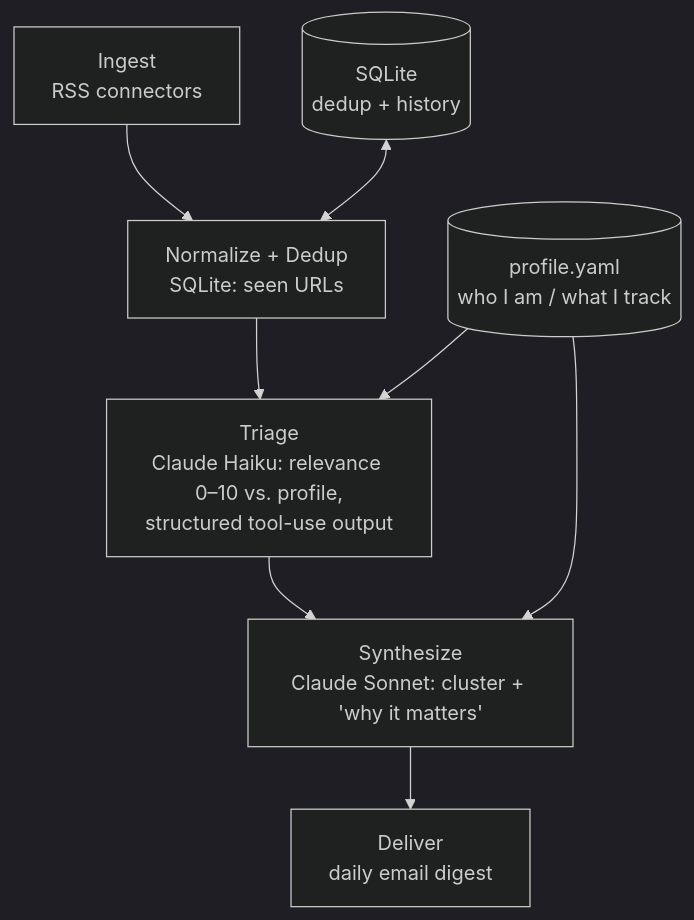
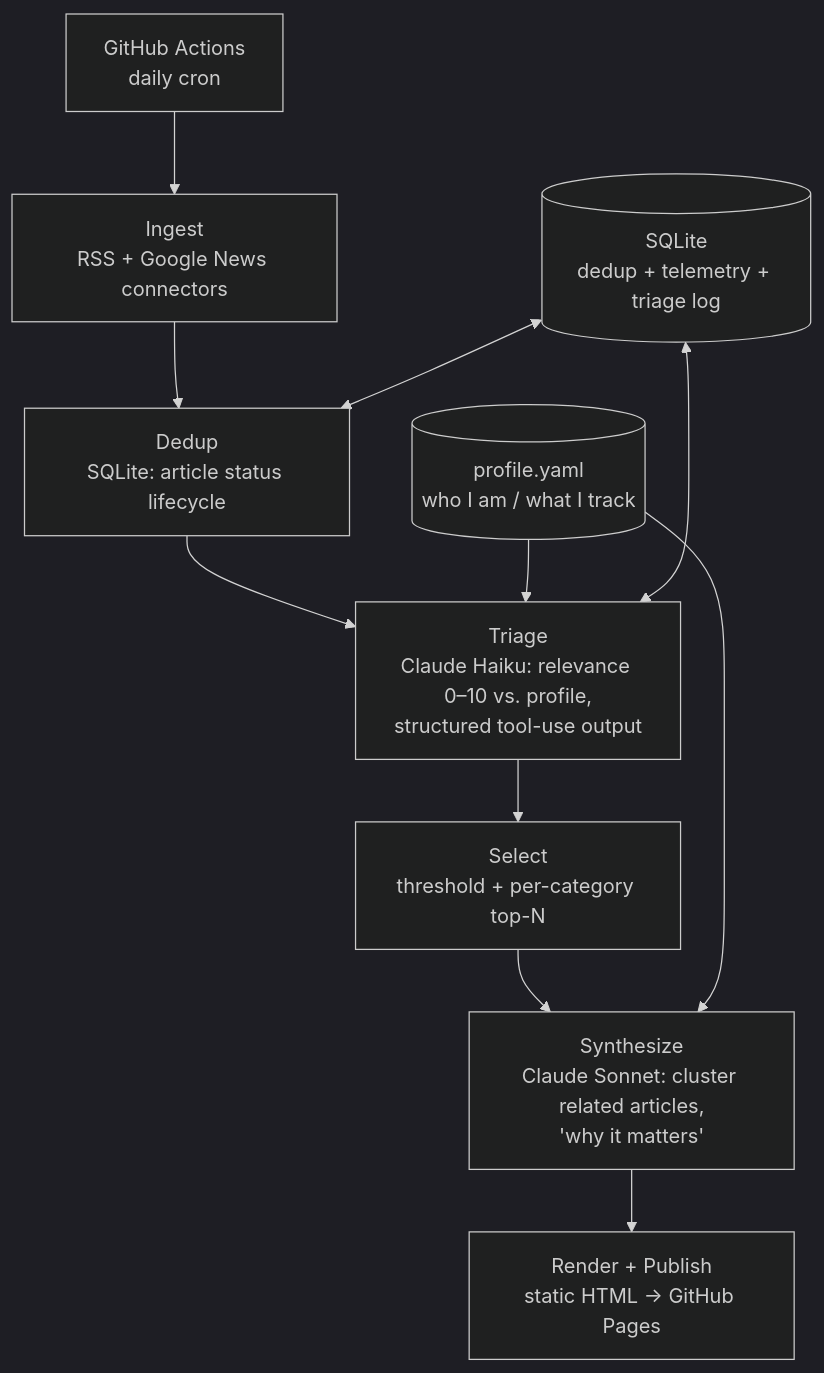
The diagram in README.md (matoship/Daily_AI_Assistant), drawn with Mermaid (dark theme) before and after one commit. The commit also changed other lines of this file, not shown here.

````diff
--- a/README.md
+++ b/README.md
@@ -14,10 +15,13 @@
 ```mermaid
 flowchart TD
-    A[Ingest<br/>RSS connectors] --> B[Normalize + Dedup<br/>SQLite: seen URLs]
+    A[Ingest<br/>RSS + Google News connectors] --> B[Dedup<br/>SQLite: article status lifecycle]
     B --> C[Triage<br/>Claude Haiku: relevance 0–10 vs. profile,<br/>structured tool-use output]
-    C --> D[Synthesize<br/>Claude Sonnet: cluster + 'why it matters']
-    D --> E[Deliver<br/>daily email digest]
+    C --> D[Select<br/>threshold + per-category top-N]
+    D --> E[Synthesize<br/>Claude Sonnet: cluster related articles,<br/>'why it matters']
+    E --> F[Render + Publish<br/>static HTML -> GitHub Pages]
     P[(profile.yaml<br/>who I am / what I track)] --> C
-    P --> D
-    S[(SQLite<br/>dedup + history)] <--> B
+    P --> E
+    S[(SQLite<br/>dedup + telemetry + triage log)] <--> B
+    S <--> C
+    G[GitHub Actions<br/>daily cron] --> A
 ```
````
